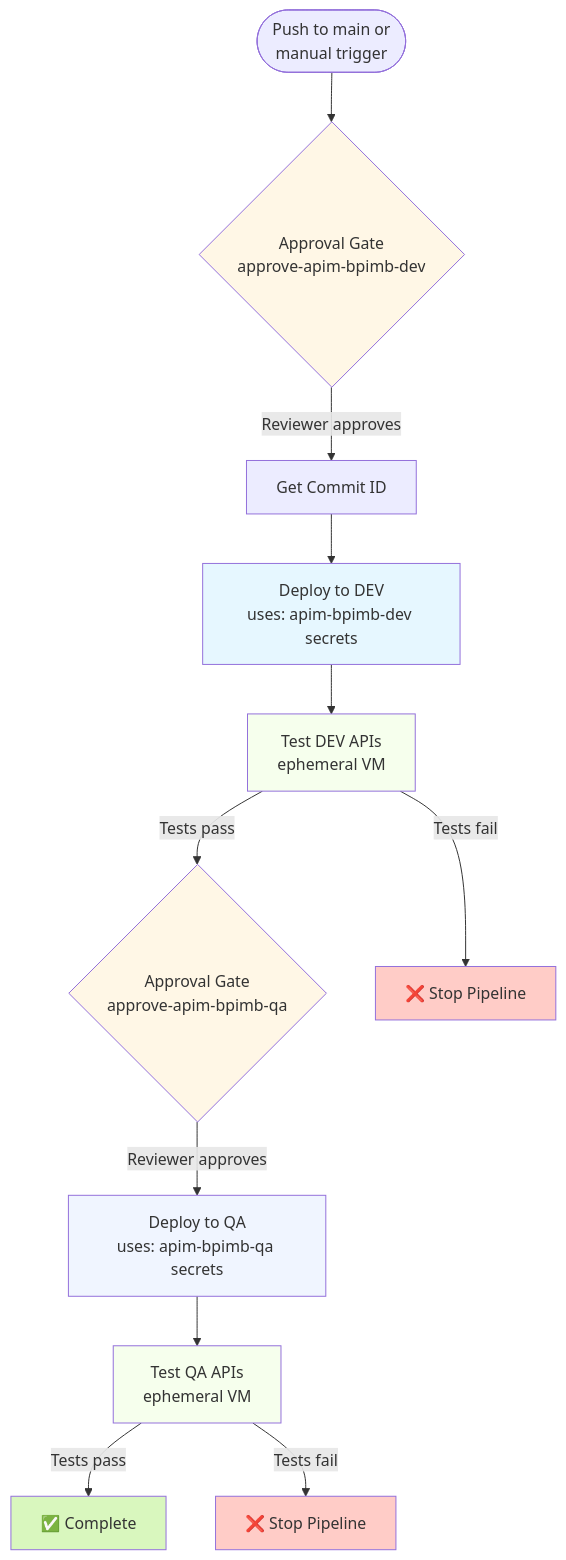
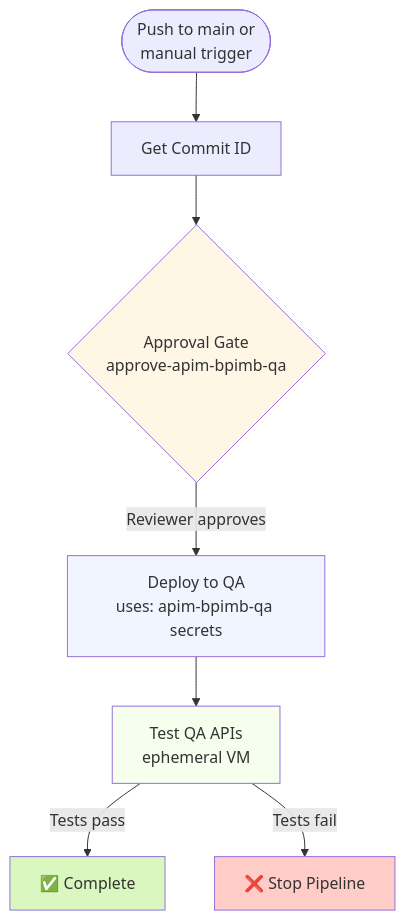
The second of 6 diagrams in README.md (NIAID-BPIMB-whiters/API-DEVOPS), drawn with Mermaid before and after one commit. The commit also changed other lines of this file and 1 other file, not shown here.

Commit message:
fix: Update workflow and documentation for APIM artifact extraction and deployment to reflect QA and PROD environments

````diff
--- a/README.md
+++ b/README.md
@@ -598,23 +573,15 @@
 ```mermaid
 graph TD
-    START([Push to main or<br/>manual trigger]) --> APPROVE_DEV{Approval Gate<br/>approve-apim-bpimb-dev}
-    APPROVE_DEV --> |Reviewer approves| GET_COMMIT[Get Commit ID]
-    GET_COMMIT --> DEPLOY_DEV[Deploy to DEV<br/>uses: apim-bpimb-dev secrets]
-    DEPLOY_DEV --> TEST_DEV[Test DEV APIs<br/>ephemeral VM]
-    TEST_DEV --> |Tests pass| APPROVE_QA{Approval Gate<br/>approve-apim-bpimb-qa}
-    TEST_DEV --> |Tests fail| FAIL_DEV[❌ Stop Pipeline]
+    START([Push to main or<br/>manual trigger]) --> GET_COMMIT[Get Commit ID]
+    GET_COMMIT --> APPROVE_QA{Approval Gate<br/>approve-apim-bpimb-qa}
     APPROVE_QA --> |Reviewer approves| DEPLOY_QA[Deploy to QA<br/>uses: apim-bpimb-qa secrets]
     DEPLOY_QA --> TEST_QA[Test QA APIs<br/>ephemeral VM]
     TEST_QA --> |Tests pass| SUCCESS[✅ Complete]
     TEST_QA --> |Tests fail| FAIL_QA[❌ Stop Pipeline]
     
-    style APPROVE_DEV fill:#fff7e6
     style APPROVE_QA fill:#fff7e6
-    style DEPLOY_DEV fill:#e6f7ff
     style DEPLOY_QA fill:#f0f5ff
-    style TEST_DEV fill:#f6ffed
     style TEST_QA fill:#f6ffed
     style SUCCESS fill:#d9f7be
-    style FAIL_DEV fill:#ffccc7
     style FAIL_QA fill:#ffccc7
 ```
````
